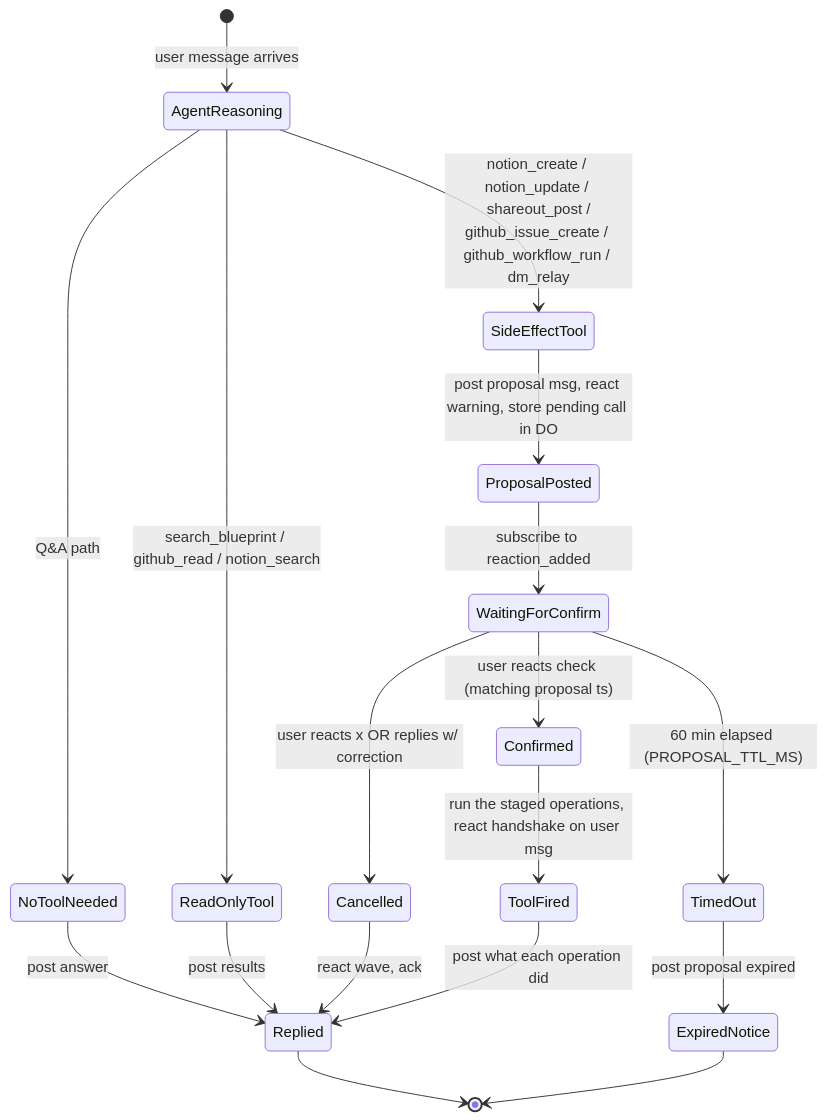
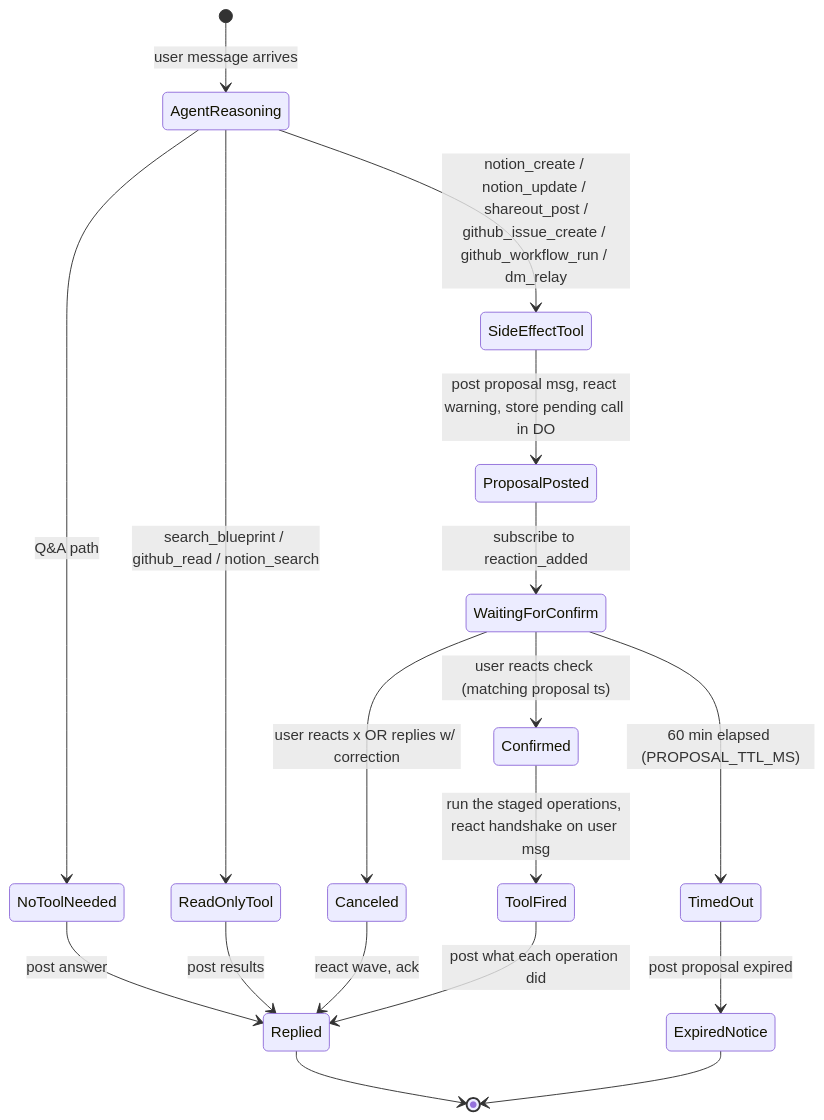
One commit to BilLogic/plus-uno changed the third of 3 diagrams in docs/product-and-service/uno-bot-flowcharts/uno-bot-v2-flowcharts.md. Above: the diagram before and after it, drawn with Mermaid. The commit also changed 518 other files, not shown here.

````diff
--- a/docs/product-and-service/uno-bot-flowcharts/uno-bot-v2-flowcharts.md
+++ b/docs/product-and-service/uno-bot-flowcharts/uno-bot-v2-flowcharts.md
@@ -142,25 +142,25 @@
 ```mermaid
 stateDiagram-v2
   [*] --> AgentReasoning: user message arrives
   AgentReasoning --> NoToolNeeded: Q&A path
   AgentReasoning --> ReadOnlyTool: search_blueprint / github_read / notion_search
   AgentReasoning --> SideEffectTool: notion_create / notion_update / shareout_post /<br/>github_issue_create / github_workflow_run / dm_relay
 
   NoToolNeeded --> Replied: post answer
   ReadOnlyTool --> Replied: post results
 
   SideEffectTool --> ProposalPosted: post proposal msg, react warning, store pending call in DO
   ProposalPosted --> WaitingForConfirm: subscribe to reaction_added
 
   WaitingForConfirm --> Confirmed: user reacts check (matching proposal ts)
-  WaitingForConfirm --> Cancelled: user reacts x OR replies w/ correction
+  WaitingForConfirm --> Canceled: user reacts x OR replies w/ correction
   WaitingForConfirm --> TimedOut: 60 min elapsed (PROPOSAL_TTL_MS)
 
   Confirmed --> ToolFired: run the staged operations, react handshake on user msg
-  Cancelled --> Replied: react wave, ack
+  Canceled --> Replied: react wave, ack
   TimedOut --> ExpiredNotice: post proposal expired
 
   ToolFired --> Replied: post what each operation did
   Replied --> [*]
   ExpiredNotice --> [*]
 ```
````
